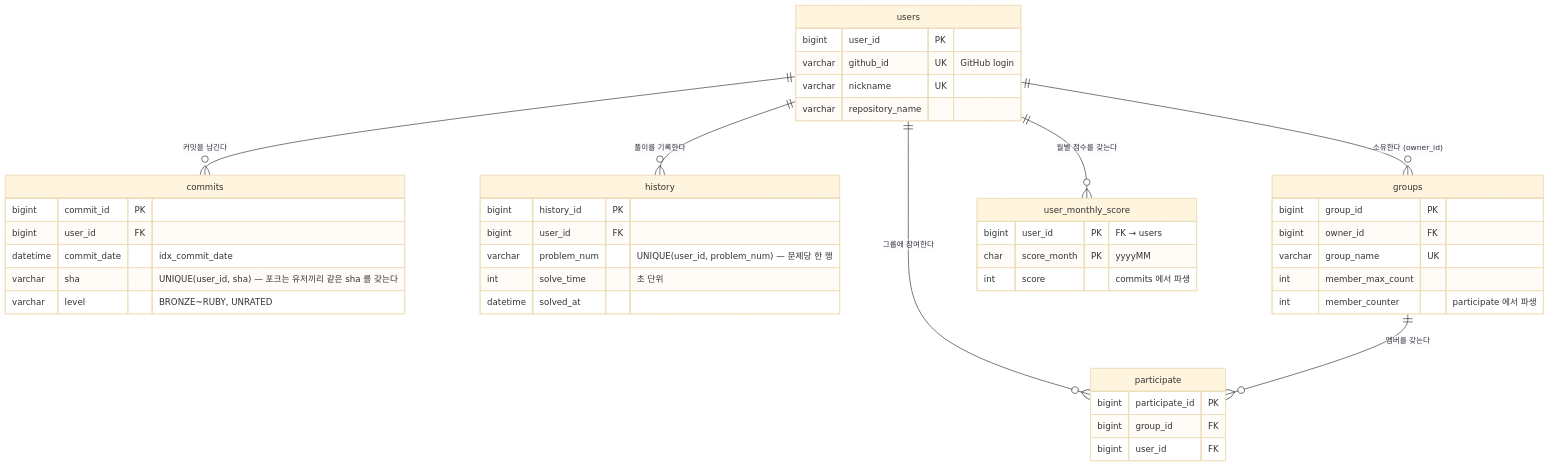
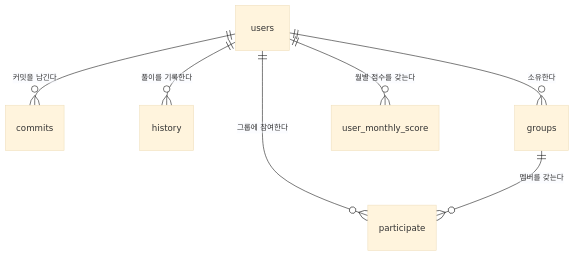
The diagram in README.md (Layla7120/code_test_reminder_server), drawn with Mermaid (base theme) before and after one commit. The commit also changed other lines of this file and 22 other files, not shown here.

````diff
--- a/README.md
+++ b/README.md
@@ -24,47 +25,9 @@
 ```mermaid
 erDiagram
     users ||--o{ commits : "커밋을 남긴다"
     users ||--o{ history : "풀이를 기록한다"
     users ||--o{ participate : "그룹에 참여한다"
-    users ||--o{ groups : "소유한다 (owner_id)"
+    users ||--o{ groups : "소유한다"
     users ||--o{ user_monthly_score : "월별 점수를 갖는다"
     groups ||--o{ participate : "멤버를 갖는다"
-
-    users {
-        bigint user_id PK
-        varchar github_id UK "GitHub login"
-        varchar nickname UK
-        varchar repository_name
-    }
-    commits {
-        bigint commit_id PK
-        bigint user_id FK
-        datetime commit_date "idx_commit_date"
-        varchar sha "UNIQUE(user_id, sha) — 포크는 유저끼리 같은 sha 를 갖는다"
-        varchar level "BRONZE~RUBY, UNRATED"
-    }
-    groups {
-        bigint group_id PK
-        bigint owner_id FK
-        varchar group_name UK
-        int member_max_count
-        int member_counter "participate 에서 파생"
-    }
-    participate {
-        bigint participate_id PK
-        bigint group_id FK
-        bigint user_id FK
-    }
-    user_monthly_score {
-        bigint user_id PK "FK → users"
-        char score_month PK "yyyyMM"
-        int score "commits 에서 파생"
-    }
-    history {
-        bigint history_id PK
-        bigint user_id FK
-        varchar problem_num "UNIQUE(user_id, problem_num) — 문제당 한 행"
-        int solve_time "초 단위"
-        datetime solved_at
-    }
 ```
````
